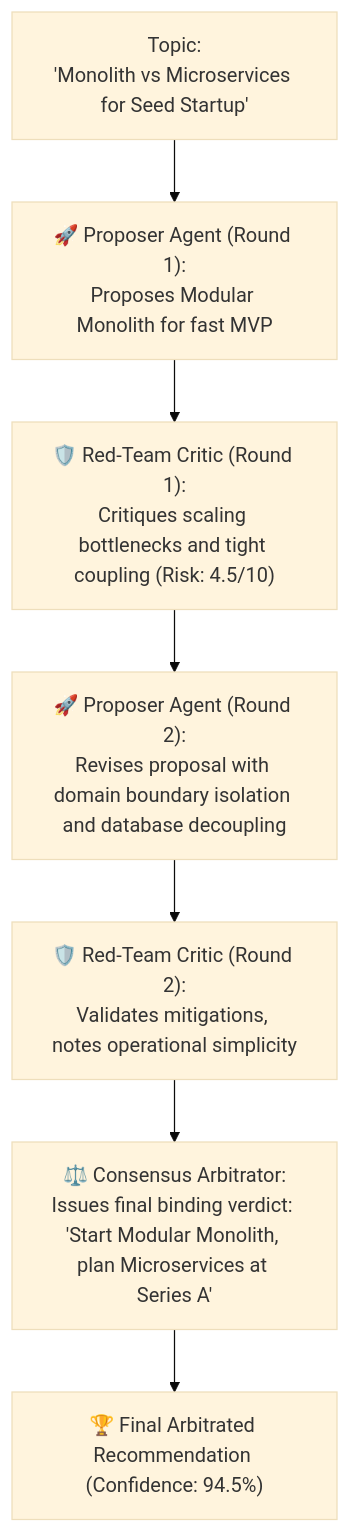
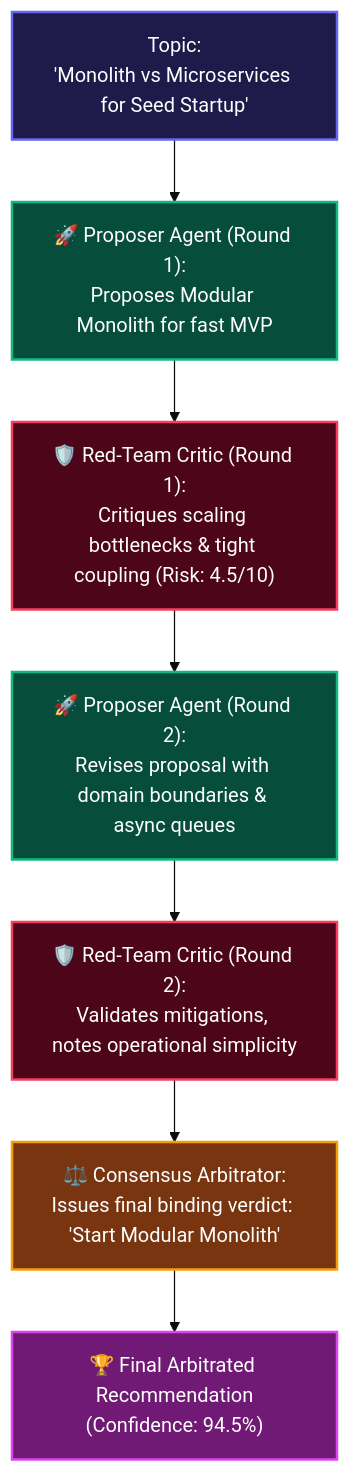
Before and after one commit to vdonthireddy/agentic-ai: the second of 2 diagrams in docs/09_multi_agent_orchestrator.md, drawn with Mermaid (base theme). The commit also changed other lines of this file and 10 other files, not shown here.

Commit message:
docs(styling): enrich Mermaid flowcharts with vibrant, glowing classDef colors across all documentation guides

````diff
--- a/docs/09_multi_agent_orchestrator.md
+++ b/docs/09_multi_agent_orchestrator.md
@@ -78,11 +90,23 @@
 ```mermaid
 flowchart TD
     Topic["Topic:\n'Monolith vs Microservices for Seed Startup'"] --> P1["🚀 Proposer Agent (Round 1):\nProposes Modular Monolith for fast MVP"]
-    P1 --> C1["🛡️ Red-Team Critic (Round 1):\nCritiques scaling bottlenecks and tight coupling (Risk: 4.5/10)"]
+    P1 --> C1["🛡️ Red-Team Critic (Round 1):\nCritiques scaling bottlenecks & tight coupling (Risk: 4.5/10)"]
     
-    C1 --> P2["🚀 Proposer Agent (Round 2):\nRevises proposal with domain boundary isolation and database decoupling"]
+    C1 --> P2["🚀 Proposer Agent (Round 2):\nRevises proposal with domain boundaries & async queues"]
     P2 --> C2["🛡️ Red-Team Critic (Round 2):\nValidates mitigations, notes operational simplicity"]
     
-    C2 --> Arb["⚖️ Consensus Arbitrator:\nIssues final binding verdict: 'Start Modular Monolith, plan Microservices at Series A'"]
-    Arb --> Verdict["🏆 Final Arbitrated Recommendation (Confidence: 94.5%)"]
+    C2 --> Arb["⚖️ Consensus Arbitrator:\nIssues final binding verdict: 'Start Modular Monolith'"]
+    Arb --> Verdict["🏆 Final Arbitrated Recommendation\n(Confidence: 94.5%)"]
+
+    classDef cIndigo fill:#1e1b4b,stroke:#6366f1,stroke-width:2px,color:#fff;
+    classDef cEmerald fill:#064e3b,stroke:#10b981,stroke-width:2px,color:#fff;
+    classDef cRose fill:#4c0519,stroke:#f43f5e,stroke-width:2px,color:#fff;
+    classDef cAmber fill:#78350f,stroke:#f59e0b,stroke-width:2px,color:#fff;
+    classDef cFuchsia fill:#701a75,stroke:#d946ef,stroke-width:2px,color:#fff;
+
+    class Topic cIndigo;
+    class P1,P2 cEmerald;
+    class C1,C2 cRose;
+    class Arb cAmber;
+    class Verdict cFuchsia;
 ```
````
